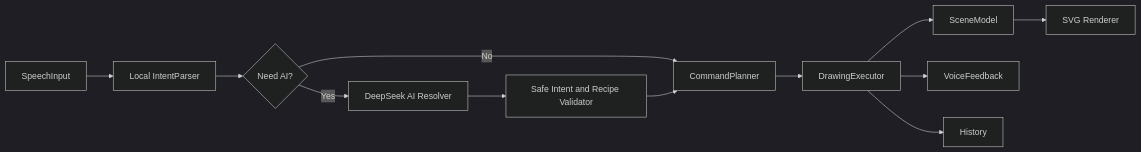
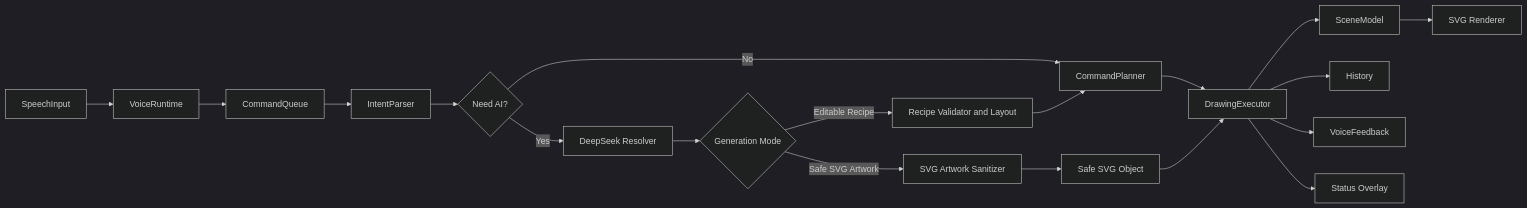
One commit to lijiony/Speak2Draw-Agent-Studio changed the diagram in docs/design.md. Above: the diagram before and after it, drawn with Mermaid (dark theme). The commit also changed other lines of this file and 54 other files, not shown here.

First line of the commit message:
功能：新增双生图模式与安全 SVG 插画

````diff
--- a/docs/design.md
+++ b/docs/design.md
@@ -11,14 +18,21 @@
 ```mermaid
 flowchart LR
-  A[SpeechInput] --> B[Local IntentParser]
-  B --> C{Need AI?}
-  C -->|No| E[CommandPlanner]
-  C -->|Yes| D[DeepSeek AI Resolver]
-  D --> I[Safe Intent and Recipe Validator]
-  I --> E
-  E --> F[DrawingExecutor]
-  F --> G[SceneModel]
-  G --> H[SVG Renderer]
-  F --> J[VoiceFeedback]
-  F --> K[History]
+  A[SpeechInput] --> B[VoiceRuntime]
+  B --> C[CommandQueue]
+  C --> D[IntentParser]
+  D --> E{Need AI?}
+  E -->|No| F[CommandPlanner]
+  E -->|Yes| G[DeepSeek Resolver]
+  G --> H{Generation Mode}
+  H -->|Editable Recipe| I[Recipe Validator and Layout]
+  H -->|Safe SVG Artwork| J[SVG Artwork Sanitizer]
+  I --> F
+  J --> K[Safe SVG Object]
+  F --> L[DrawingExecutor]
+  K --> L
+  L --> M[SceneModel]
+  M --> N[SVG Renderer]
+  L --> O[History]
+  L --> P[VoiceFeedback]
+  L --> Q[Status Overlay]
 ```
````
